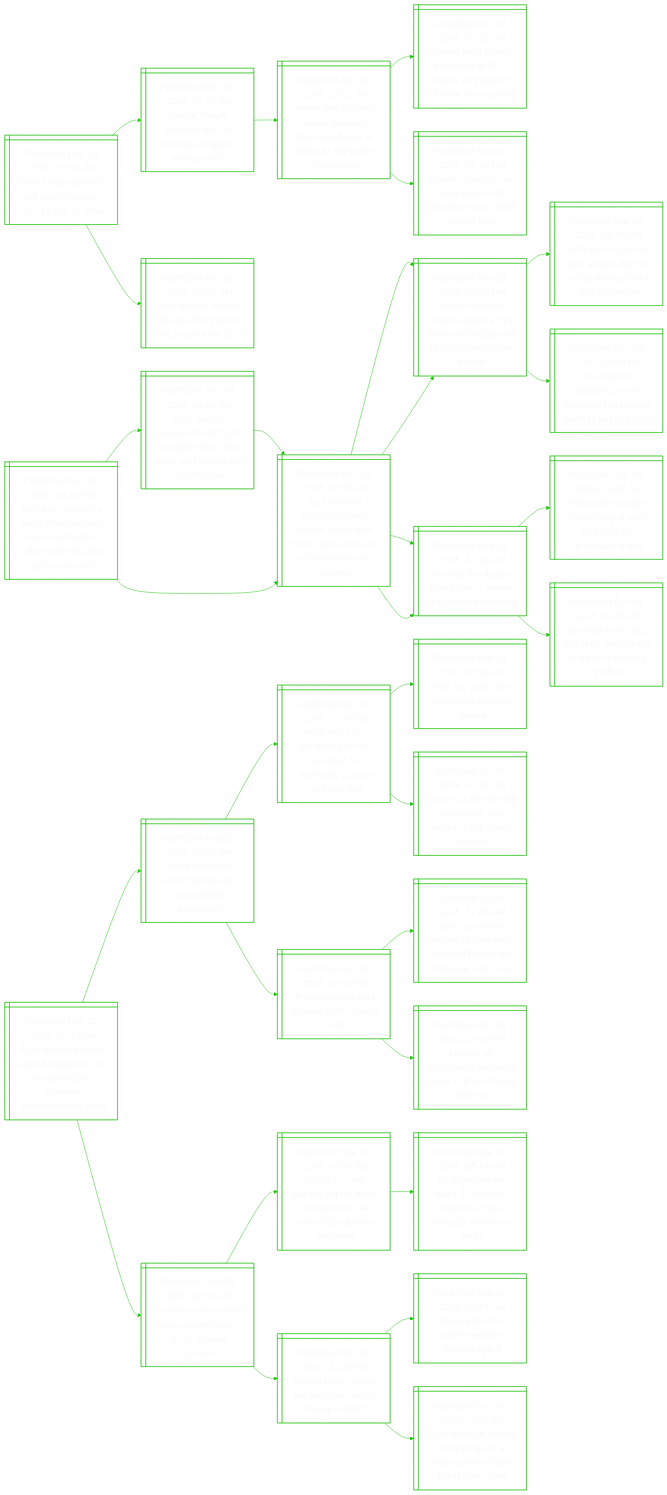
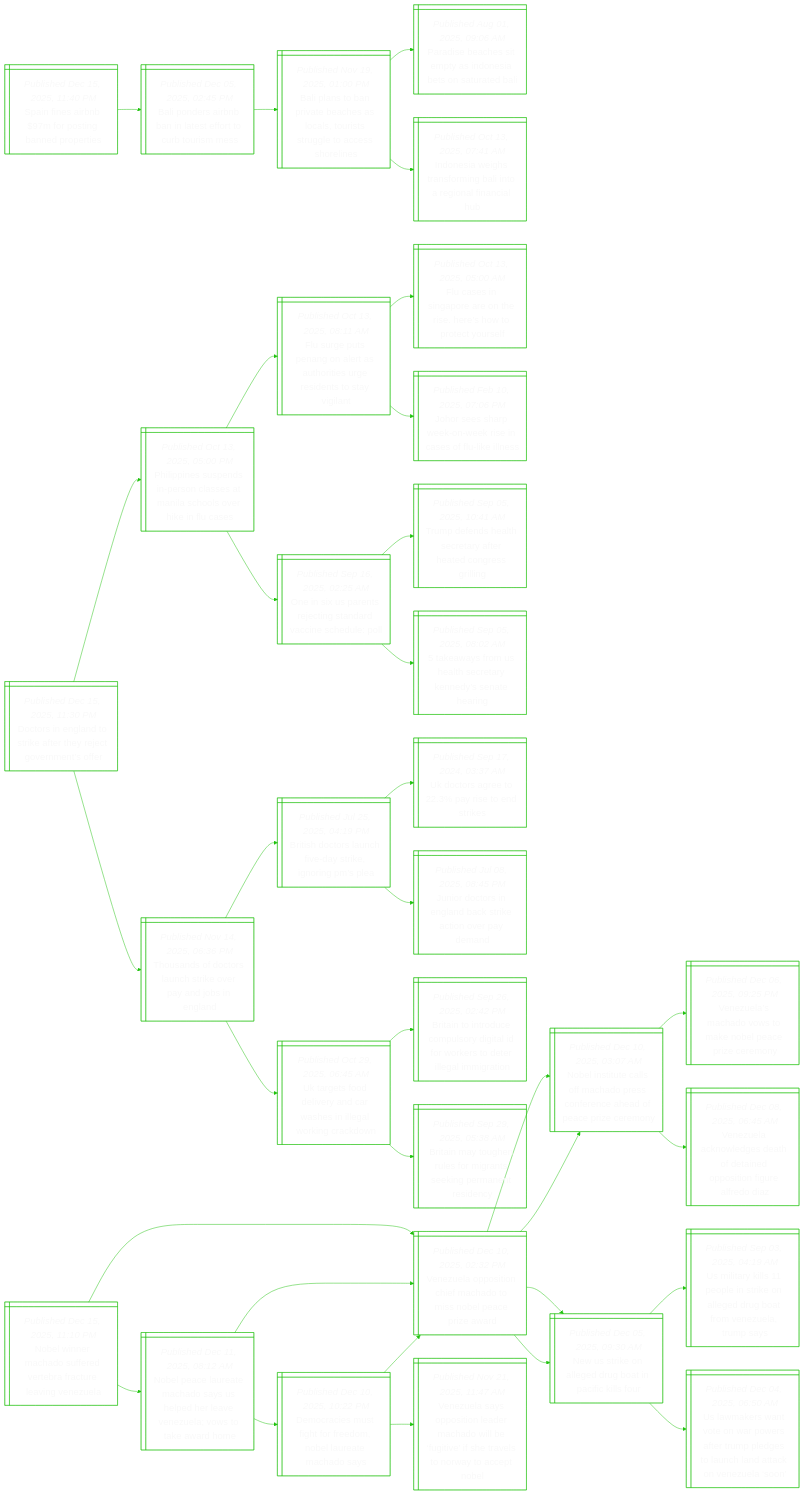
Before and after one commit to notJmes/notJmes: the diagram in README.md, drawn with Mermaid. The commit also changed other lines of this file, not shown here.

````diff
--- a/README.md
+++ b/README.md
@@ -16,103 +16,112 @@
 flowchart LR
 classDef txtsize font-size:20px;
 
-PLeulcdcok@{ shape: win-pane, label: "_Published Dec 15, 2025, 05:59 PM_
-Paris louvre museum will stay closed on dec 15 due to strike" }
-Levcwesaov@{ shape: win-pane, label: "_Published Dec 10, 2025, 07:57 PM_
-Louvre thieves escaped with 30 seconds to spare, probe reveals" }
-Wltsrembapausrt@{ shape: win-pane, label: "_Published Dec 08, 2025, 12:01 AM_
-Water leak at paris’ louvre museum damages books at egyptian antiquities department" }
-Leteidlaerrsl@{ shape: win-pane, label: "_Published Oct 22, 2025, 02:52 AM_
-Louvre heist losses estimated at $133 million as museum director faces grilling" }
-Leulytsisturs@{ shape: win-pane, label: "_Published Nov 06, 2025, 05:30 PM_
-Louvre museum will need years to fix security issues, state auditor finds" }
-MoirlovLe@{ shape: win-pane, label: "_Published Nov 28, 2025, 03:03 AM_
-Most non-eu visitors will pay 45% more to visit louvre from 2026" }
+SfAbpnnoi@{ shape: win-pane, label: "_Published Dec 15, 2025, 11:40 PM_
+Spain fines airbnb $97m for posting banned properties" }
+Bosniefotss@{ shape: win-pane, label: "_Published Dec 05, 2025, 02:45 PM_
+Bali ponders airbnb ban in latest effort to curb tourism mess" }
+Blorehlsitlcsl@{ shape: win-pane, label: "_Published Nov 19, 2025, 01:00 PM_
+Bali plans to ban private beaches as locals, tourists struggle to access shorelines" }
+PiaspIeesaa@{ shape: win-pane, label: "_Published Aug 01, 2025, 09:06 AM_
+Paradise beaches sit empty as indonesia bets on saturated bali" }
+Ieetfniaoiib@{ shape: win-pane, label: "_Published Oct 13, 2025, 07:41 AM_
+Indonesia weighs transforming bali into a regional financial hub" }
 
-PLeulcdcok:::txtsize --> Levcwesaov:::txtsize
-Levcwesaov:::txtsize --> Wltsrembapausrt:::txtsize
-Wltsrembapausrt:::txtsize --> Leteidlaerrsl:::txtsize
-Wltsrembapausrt:::txtsize --> Leulytsisturs:::txtsize
-PLeulcdcok:::txtsize --> MoirlovLe:::txtsize
+SfAbpnnoi:::txtsize --> Bosniefotss:::txtsize
+Bosniefotss:::txtsize --> Blorehlsitlcsl:::txtsize
+Blorehlsitlcsl:::txtsize --> PiaspIeesaa:::txtsize
+Blorehlsitlcsl:::txtsize --> Ieetfniaoiib:::txtsize
 
-Decslnairtfrriisr@{ shape: win-pane, label: "_Published Dec 15, 2025, 05:45 PM_
-Drunken raccoon a serial offender, says animal protection officer after virginia liquor store raid" }
-StacriSorskaobo@{ shape: win-pane, label: "_Published Dec 03, 2025, 01:38 PM_
-‘spirit animal’: raccoon breaks into us liquor store, gets drunk and passes out in bathroom" }
-Aahhnrhfomaerdyi@{ shape: win-pane, label: "_Published Nov 14, 2025, 08:30 PM_
-Ay, caramba! chihuahua lands forever home after foster mum learns he understands only spanish" }
-LHtuefedddidac@{ shape: win-pane, label: "_Published Sep 29, 2025, 10:00 PM_
-Lewis hamilton mourns death of his beloved bulldog and f1 social media star roscoe" }
-Mnflnekulun@{ shape: win-pane, label: "_Published Nov 13, 2025, 01:34 PM_
-Missing dog finally found after 7 weeks in australia’s bushland" }
-Aahhnrhfomaerdyi@{ shape: win-pane, label: "_Published Nov 14, 2025, 08:30 PM_
-Ay, caramba! chihuahua lands forever home after foster mum learns he understands only spanish" }
-LHtuefedddidac@{ shape: win-pane, label: "_Published Sep 29, 2025, 10:00 PM_
-Lewis hamilton mourns death of his beloved bulldog and f1 social media star roscoe" }
-APeneeruatszk@{ shape: win-pane, label: "_Published Mar 03, 2025, 05:45 PM_
-Actor pierre png and wife andrea decruz mourn death of their shih tzu cookie" }
-Trgyomarapgi@{ shape: win-pane, label: "_Published Sep 24, 2024, 04:40 PM_
-‘the hardest goodbye’: actor desmond tan mourns death of pet dog hoshi" }
-Mnflnekulun@{ shape: win-pane, label: "_Published Nov 13, 2025, 01:34 PM_
-Missing dog finally found after 7 weeks in australia’s bushland" }
-RasogfaAaid@{ shape: win-pane, label: "_Published Apr 26, 2025, 11:05 AM_
-Runaway sausage dog snagged after 529 days on australian island" }
-GmeDUdiosit@{ shape: win-pane, label: "_Published Oct 08, 2025, 01:25 PM_
-‘grandma loves you’: dog in us leads police to owner’s missing mother" }
+Drndrfhjomo@{ shape: win-pane, label: "_Published Dec 15, 2025, 11:30 PM_
+Doctors in england to strike after they reject government’s offer" }
+Ppsenostlovkle@{ shape: win-pane, label: "_Published Oct 13, 2025, 05:00 PM_
+Philippines suspends in-person classes at manila schools over hike in flu cases" }
+Frtaaahigisai@{ shape: win-pane, label: "_Published Oct 13, 2025, 08:11 AM_
+Flu surge puts penang on alert as authorities urge residents to stay vigilant" }
+FsSprhesoeuf@{ shape: win-pane, label: "_Published Oct 13, 2025, 05:00 AM_
+Flu cases in singapore are on the rise. here’s how to protect yourself" }
+Jshewicolls@{ shape: win-pane, label: "_Published Feb 10, 2025, 07:06 PM_
+Johor sees sharp week-on-week rise in cases of flu-like illness" }
+Osptegdaedo@{ shape: win-pane, label: "_Published Sep 16, 2025, 02:25 AM_
+One in six us parents rejecting standard vaccine schedule: poll" }
+Tddlcretnsl@{ shape: win-pane, label: "_Published Sep 05, 2025, 10:41 AM_
+Trump defends health secretary after heated congress grilling" }
+twrHheKdneg@{ shape: win-pane, label: "_Published Sep 05, 2025, 08:02 AM_
+5 takeaways from us health secretary kennedy’s senate hearing" }
+Tafoutoajna@{ shape: win-pane, label: "_Published Nov 14, 2025, 06:36 PM_
+Thousands of doctors launch strike over pay and jobs in england" }
+Bstafaingl@{ shape: win-pane, label: "_Published Jul 25, 2025, 04:19 PM_
+British doctors launch five-day strike, ignoring pm’s plea" }
+Utgoier@{ shape: win-pane, label: "_Published Sep 17, 2024, 03:37 AM_
+Uk doctors agree to 22.3% pay rise to end strikes" }
+JroEnkkiedd@{ shape: win-pane, label: "_Published Jul 08, 2025, 08:45 PM_
+Junior doctors in england back strike action over pay demand" }
+Ugolyahiakro@{ shape: win-pane, label: "_Published Oct 29, 2025, 06:45 AM_
+Uk targets food delivery and car washes in illegal working crackdown" }
+BinumogIwrellgo@{ shape: win-pane, label: "_Published Sep 26, 2025, 02:42 PM_
+Britain to introduce compulsory digital id for workers to deter illegal immigration" }
+Biteemnepnen@{ shape: win-pane, label: "_Published Sep 29, 2025, 05:38 AM_
+Britain may toughen rules for migrants seeking permanent residency" }
 
-Decslnairtfrriisr:::txtsize --> StacriSorskaobo:::txtsize
-StacriSorskaobo:::txtsize --> Aahhnrhfomaerdyi:::txtsize
-Aahhnrhfomaerdyi:::txtsize --> LHtuefedddidac:::txtsize
-Aahhnrhfomaerdyi:::txtsize --> Mnflnekulun:::txtsize
-Decslnairtfrriisr:::txtsize --> Aahhnrhfomaerdyi:::txtsize
-Aahhnrhfomaerdyi:::txtsize --> LHtuefedddidac:::txtsize
-LHtuefedddidac:::txtsize --> APeneeruatszk:::txtsize
-LHtuefedddidac:::txtsize --> Trgyomarapgi:::txtsize
-Aahhnrhfomaerdyi:::txtsize --> Mnflnekulun:::txtsize
-Mnflnekulun:::txtsize --> RasogfaAaid:::txtsize
-Mnflnekulun:::txtsize --> GmeDUdiosit:::txtsize
+Drndrfhjomo:::txtsize --> Ppsenostlovkle:::txtsize
+Ppsenostlovkle:::txtsize --> Frtaaahigisai:::txtsize
+Frtaaahigisai:::txtsize --> FsSprhesoeuf:::txtsize
+Frtaaahigisai:::txtsize --> Jshewicolls:::txtsize
+Ppsenostlovkle:::txtsize --> Osptegdaedo:::txtsize
+Osptegdaedo:::txtsize --> Tddlcretnsl:::txtsize
+Osptegdaedo:::txtsize --> twrHheKdneg:::txtsize
+Drndrfhjomo:::txtsize --> Tafoutoajna:::txtsize
+Tafoutoajna:::txtsize --> Bstafaingl:::txtsize
+Bstafaingl:::txtsize --> Utgoier:::txtsize
+Bstafaingl:::txtsize --> JroEnkkiedd:::txtsize
+Tafoutoajna:::txtsize --> Ugolyahiakro:::txtsize
+Ugolyahiakro:::txtsize --> BinumogIwrellgo:::txtsize
+Ugolyahiakro:::txtsize --> Biteemnepnen:::txtsize
 
-Railndydnartnic@{ shape: win-pane, label: "_Published Dec 15, 2025, 05:14 PM_
-Russian anti-kremlin punk band pussy riot designated an extremist organisation by court" }
-OevusiRases@{ shape: win-pane, label: "_Published Aug 21, 2025, 03:20 PM_
-Online behaviour under scrutiny as russia hunts ‘extremists’" }
-Pslnileeemotf@{ shape: win-pane, label: "_Published Jul 31, 2025, 10:45 PM_
-Putin signs law penalising online searches for ‘extremist’ content with $81 fine" }
-Feuiea@{ shape: win-pane, label: "_Published Feb 24, 2023, 05:54 PM_
-Feb 24, 2022: the day russia invaded ukraine" }
-EmalsiRalua@{ shape: win-pane, label: "_Published Jul 16, 2024, 05:31 PM_
-Euphemisms and self-censorship: how russians talk about ukraine" }
-Raiiunms@{ shape: win-pane, label: "_Published Jul 22, 2025, 05:50 PM_
-Russian police raid popular online media site" }
-SSomKoatAnlBs@{ shape: win-pane, label: "_Published Jul 18, 2025, 12:45 AM_
-Spies, sas troops among uk nationals affected by afghan data leak, bbc says" }
-Ldtgssrsatia@{ shape: win-pane, label: "_Published Oct 20, 2024, 03:40 PM_
-Leaked us intelligence suggests israel is preparing to strike iran" }
-PRodcrctnsu@{ shape: win-pane, label: "_Published Jun 08, 2025, 02:53 PM_
-Pussy riot co-founder back in prison cell – at los angeles museum" }
-TstlsSseitowip@{ shape: win-pane, label: "_Published Mar 11, 2025, 03:00 PM_
-Trump’s erratic policies put us at risk of recession, but much of the world is prepared" }
-UcksinlTphaas@{ shape: win-pane, label: "_Published Mar 11, 2025, 05:49 AM_
-Us stock market loses $5 trillion in value as trump ploughs ahead on tariffs" }
-Ralsteifgn@{ shape: win-pane, label: "_Published Dec 30, 2021, 11:18 PM_
-Russia labels pussy riot member, satirist 'foreign agents'" }
-Radtorie@{ shape: win-pane, label: "_Published Sep 30, 2021, 01:24 AM_
-Russia brands protest monitor 'foreign agent'" }
-Rarecamhrspo@{ shape: win-pane, label: "_Published Dec 30, 2021, 01:11 AM_
-Russian court orders second ban of a major human rights group in two days" }
+Nwrafderrvee@{ shape: win-pane, label: "_Published Dec 15, 2025, 11:10 PM_
+Nobel winner machado suffered vertebra fracture leaving venezuela" }
+NPlacsSelVuotwo@{ shape: win-pane, label: "_Published Dec 11, 2025, 08:12 AM_
+Nobel peace laureate machado says us helped her leave venezuela; vows to take award home" }
+DrsffeNlacs@{ shape: win-pane, label: "_Published Dec 10, 2025, 10:22 PM_
+Democracies must fight for freedom, nobel laureate machado says" }
+Vupthaoseczr@{ shape: win-pane, label: "_Published Dec 10, 2025, 02:32 PM_
+Venezuela opposition chief machado to miss nobel peace prize award" }
+Vuapiaaobiitloteb@{ shape: win-pane, label: "_Published Nov 21, 2025, 11:47 AM_
+Venezuela says opposition leader machado will be ‘fugitive’ if she travels to norway to accept nobel" }
+Vupthaoseczr@{ shape: win-pane, label: "_Published Dec 10, 2025, 02:32 PM_
+Venezuela opposition chief machado to miss nobel peace prize award" }
+NItafhroehfeem@{ shape: win-pane, label: "_Published Dec 10, 2025, 03:07 AM_
+Nobel institute calls off machado press conference ahead of peace prize ceremony" }
+NseldoPilr@{ shape: win-pane, label: "_Published Dec 05, 2025, 09:30 AM_
+New us strike on alleged drug boat in pacific kills four" }
+Vupthaoseczr@{ shape: win-pane, label: "_Published Dec 10, 2025, 02:32 PM_
+Venezuela opposition chief machado to miss nobel peace prize award" }
+NItafhroehfeem@{ shape: win-pane, label: "_Published Dec 10, 2025, 03:07 AM_
+Nobel institute calls off machado press conference ahead of peace prize ceremony" }
+VuMdskecze@{ shape: win-pane, label: "_Published Dec 06, 2025, 09:25 PM_
+Venezuela’s machado vows to make nobel peace prize ceremony" }
+Vuclshtdsnrri@{ shape: win-pane, label: "_Published Dec 08, 2025, 06:45 AM_
+Venezuela acknowledges death of detained opposition figure alfredo diaz" }
+NseldoPilr@{ shape: win-pane, label: "_Published Dec 05, 2025, 09:30 AM_
+New us strike on alleged drug boat in pacific kills four" }
+UikperngutVura@{ shape: win-pane, label: "_Published Sep 03, 2025, 04:19 AM_
+Us military kills 11 people in strike on alleged drug boat from venezuela, trump says" }
+UmsvnoaTpealtoea@{ shape: win-pane, label: "_Published Dec 04, 2025, 06:50 AM_
+Us lawmakers want vote on war powers after trump pledges to launch land attack on venezuela ‘soon’" }
 
-Railndydnartnic:::txtsize --> OevusiRases:::txtsize
-OevusiRases:::txtsize --> Pslnileeemotf:::txtsize
-Pslnileeemotf:::txtsize --> Feuiea:::txtsize
-Pslnileeemotf:::txtsize --> EmalsiRalua:::txtsize
-OevusiRases:::txtsize --> Raiiunms:::txtsize
-Raiiunms:::txtsize --> SSomKoatAnlBs:::txtsize
-Raiiunms:::txtsize --> Ldtgssrsatia:::txtsize
-Railndydnartnic:::txtsize --> PRodcrctnsu:::txtsize
-PRodcrctnsu:::txtsize --> TstlsSseitowip:::txtsize
-TstlsSseitowip:::txtsize --> UcksinlTphaas:::txtsize
-PRodcrctnsu:::txtsize --> Ralsteifgn:::txtsize
-Ralsteifgn:::txtsize --> Radtorie:::txtsize
-Ralsteifgn:::txtsize --> Rarecamhrspo:::txtsize
+Nwrafderrvee:::txtsize --> NPlacsSelVuotwo:::txtsize
+NPlacsSelVuotwo:::txtsize --> DrsffeNlacs:::txtsize
+DrsffeNlacs:::txtsize --> Vupthaoseczr:::txtsize
+DrsffeNlacs:::txtsize --> Vuapiaaobiitloteb:::txtsize
+NPlacsSelVuotwo:::txtsize --> Vupthaoseczr:::txtsize
+Vupthaoseczr:::txtsize --> NItafhroehfeem:::txtsize
+Vupthaoseczr:::txtsize --> NseldoPilr:::txtsize
+Nwrafderrvee:::txtsize --> Vupthaoseczr:::txtsize
+Vupthaoseczr:::txtsize --> NItafhroehfeem:::txtsize
+NItafhroehfeem:::txtsize --> VuMdskecze:::txtsize
+NItafhroehfeem:::txtsize --> Vuclshtdsnrri:::txtsize
+Vupthaoseczr:::txtsize --> NseldoPilr:::txtsize
+NseldoPilr:::txtsize --> UikperngutVura:::txtsize
+NseldoPilr:::txtsize --> UmsvnoaTpealtoea:::txtsize
 
 ```
````
